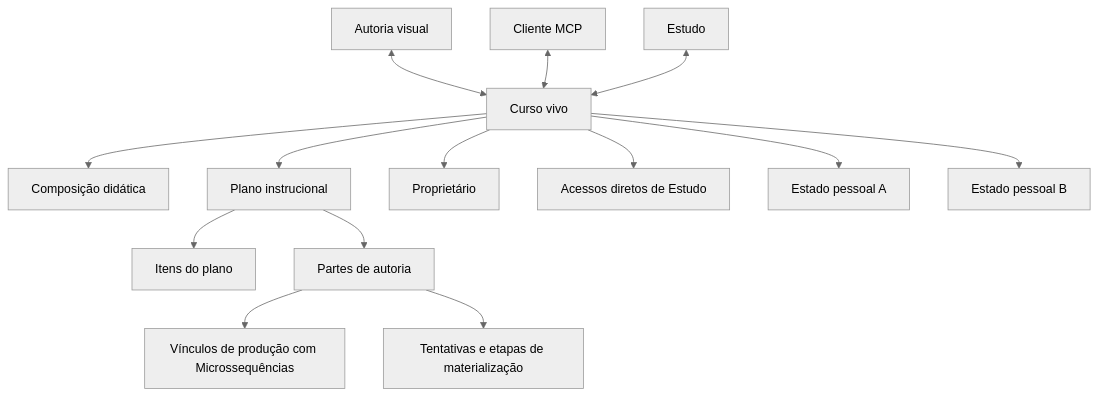
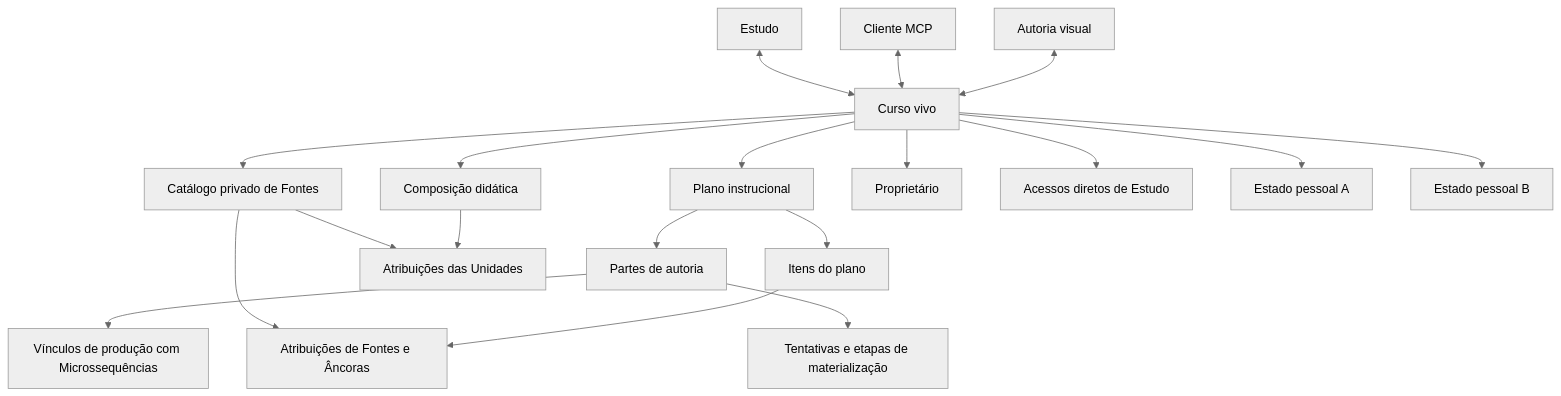
One commit to fabio-ara/AraLearn changed the first of 2 diagrams in docs/estado-atual-e-roadmap.md. Above: the diagram before and after it, drawn with Mermaid (neutral theme). The commit also changed other lines of this file and 94 other files, not shown here.

````diff
--- a/docs/estado-atual-e-roadmap.md
+++ b/docs/estado-atual-e-roadmap.md
@@ -51,16 +51,21 @@
 ```mermaid
 flowchart TD
     C[Curso vivo] --> H[Composição didática]
     C --> P[Plano instrucional]
     P --> I[Itens do plano]
+    I --> F[Atribuições de Fontes e Âncoras]
+    H --> FU[Atribuições das Unidades]
+    C --> FC[Catálogo privado de Fontes]
+    FC --> F
+    FC --> FU
     P --> PA[Partes de autoria]
     PA --> L[Vínculos de produção com Microssequências]
     PA --> M[Tentativas e etapas de materialização]
     C --> O[Proprietário]
     C --> A[Acessos diretos de Estudo]
     C --> S1[Estado pessoal A]
     C --> S2[Estado pessoal B]
     AU[Autoria visual] <--> C
     MCP[Cliente MCP] <--> C
     E[Estudo] <--> C
 ```
````
